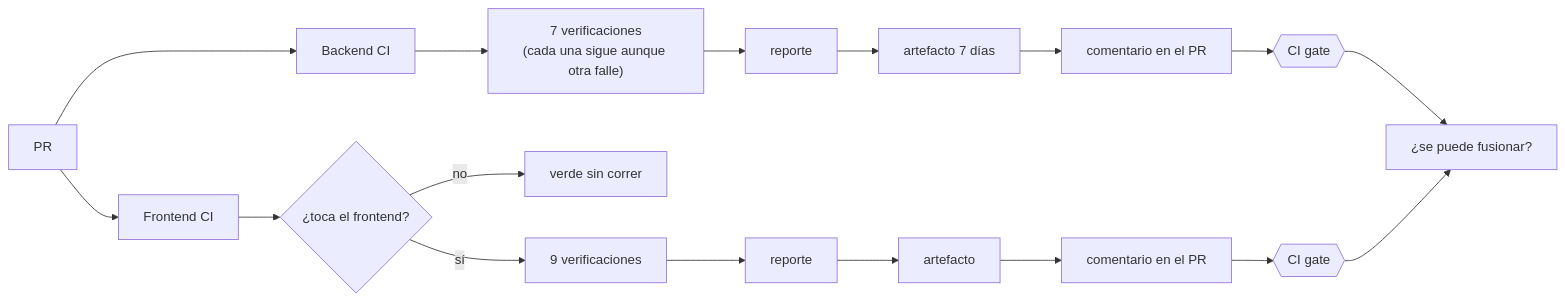
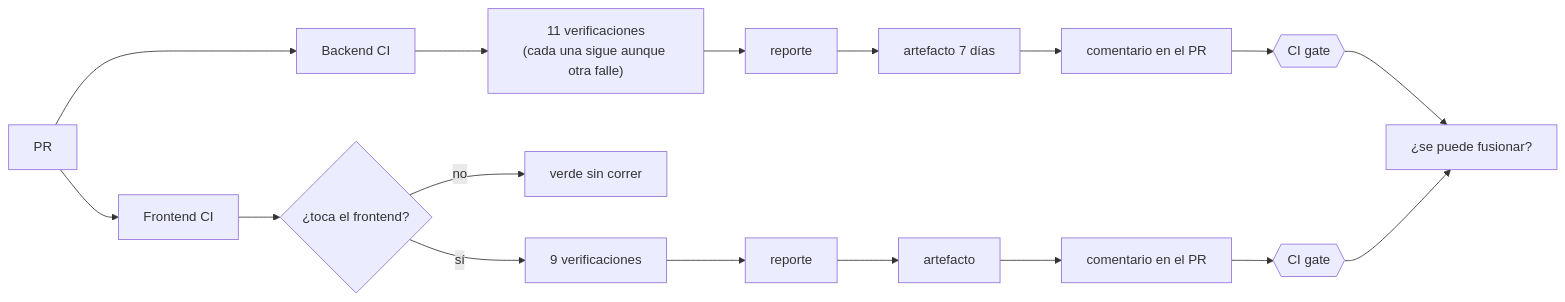
One commit to CarlosDev88/real-estate-credit-backoffice changed the second of 2 diagrams in docs/guia/09-calidad.md. Above: the diagram before and after it, drawn with Mermaid. The commit also changed other lines of this file and 21 other files, not shown here.

````diff
--- a/docs/guia/09-calidad.md
+++ b/docs/guia/09-calidad.md
@@ -76,13 +80,13 @@
 ```mermaid
 flowchart LR
     pr["PR"] --> be["Backend CI"]
     pr --> fe["Frontend CI"]
-    be --> c1["7 verificaciones<br/>(cada una sigue aunque otra falle)"]
+    be --> c1["11 verificaciones<br/>(cada una sigue aunque otra falle)"]
     c1 --> r1["reporte"] --> a1["artefacto 7 días"] --> m1["comentario en el PR"] --> g1{{"CI gate"}}
     fe --> d{"¿toca el frontend?"}
     d -->|"no"| ok["verde sin correr"]
     d -->|"sí"| c2["9 verificaciones"]
     c2 --> r2["reporte"] --> a2["artefacto"] --> m2["comentario en el PR"] --> g2{{"CI gate"}}
     g1 --> merge["¿se puede fusionar?"]
     g2 --> merge
 ```
````
